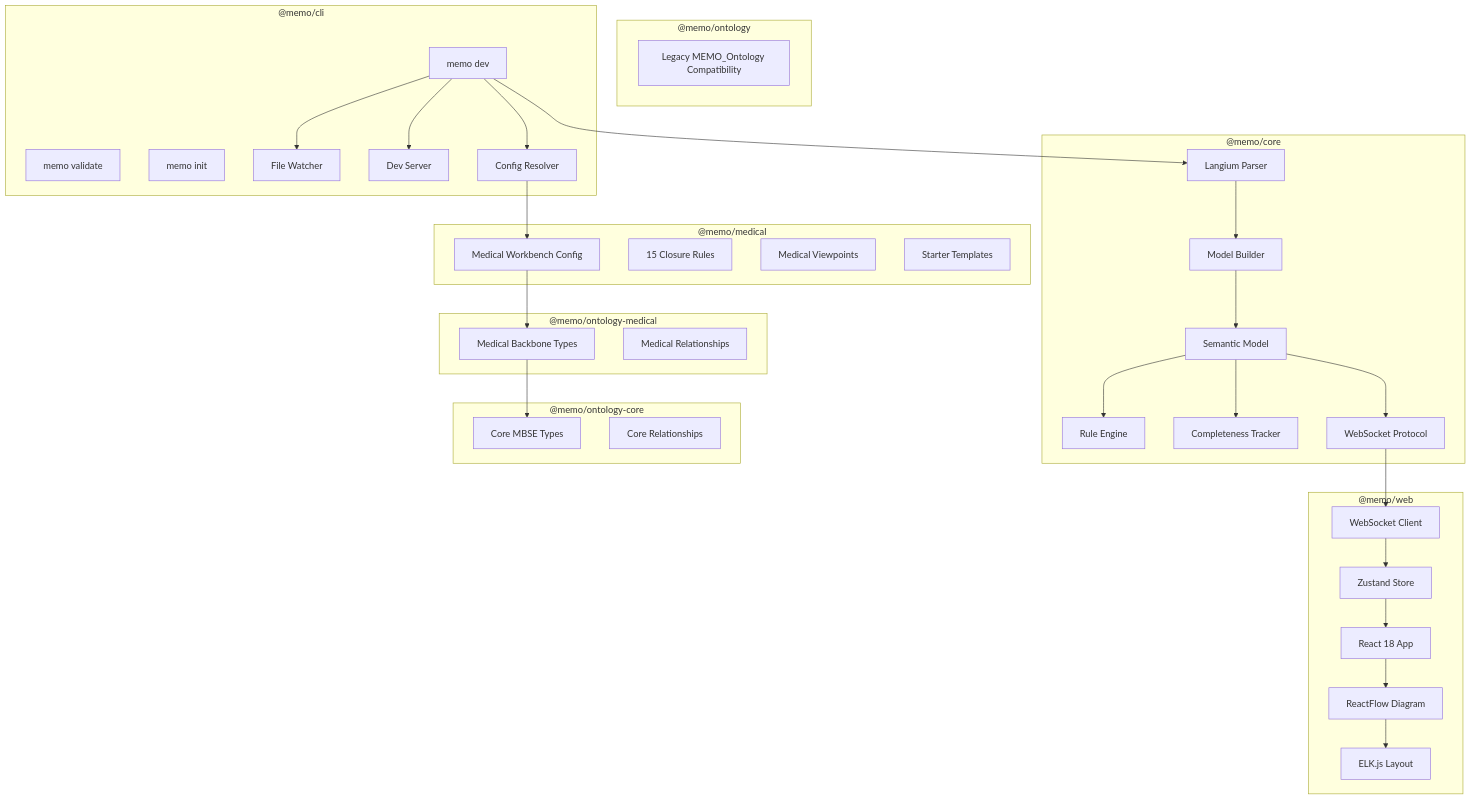
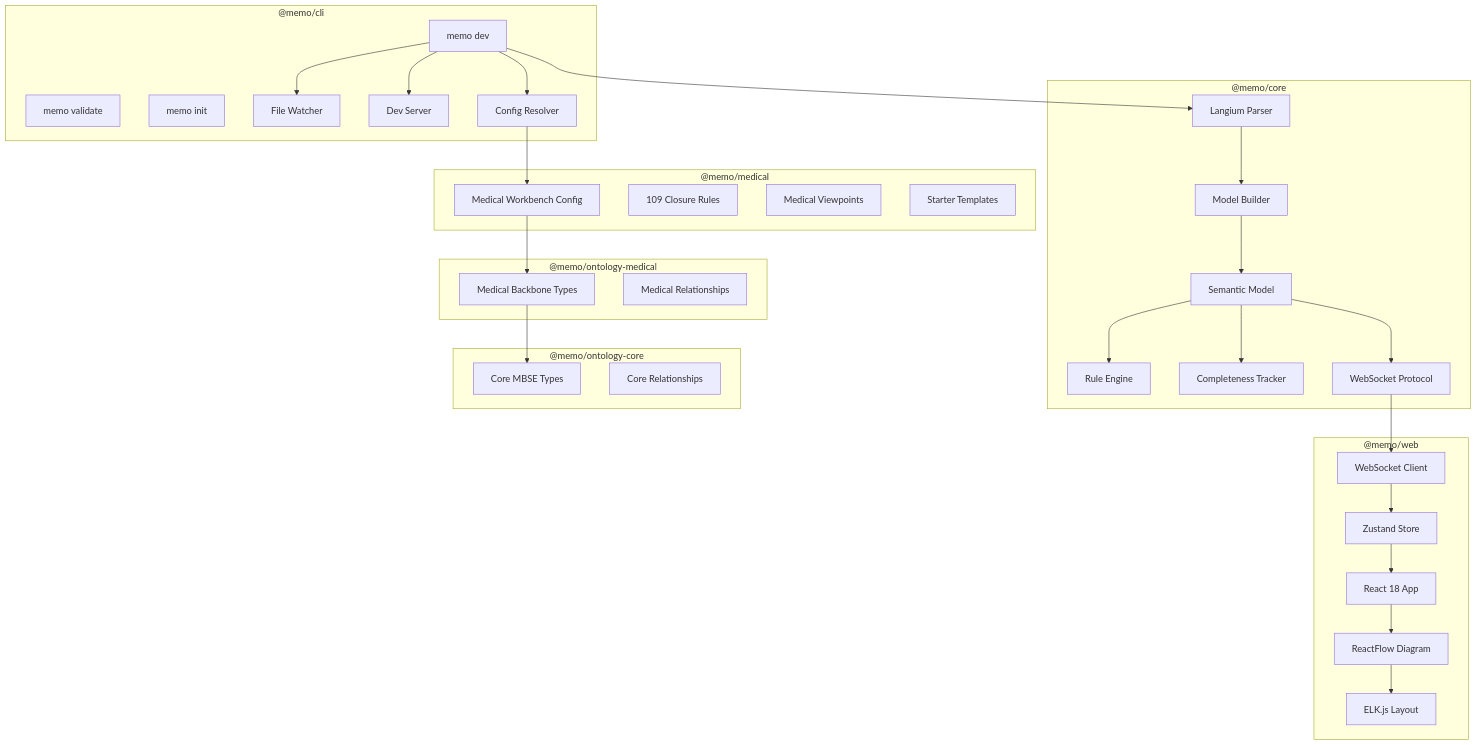
Before and after one commit to memoarchitect/memo-architect: the second of 2 diagrams in docs/architecture/overview.md, drawn with Mermaid. The commit also changed other lines of this file and 38 other files, not shown here.

Commit message:
Remove legacy ontology package

````diff
--- a/docs/architecture/overview.md
+++ b/docs/architecture/overview.md
@@ -21,69 +21,65 @@
 ```mermaid
 graph TD
     subgraph "@memo/core"
         Parser[Langium Parser]
         Builder[Model Builder]
         Validator[Rule Engine]
         Completeness[Completeness Tracker]
         Semantic[Semantic Model]
         Protocol[WebSocket Protocol]
     end
 
     subgraph "@memo/ontology-core"
         CoreTypes[Core MBSE Types]
         CoreRels[Core Relationships]
     end
 
     subgraph "@memo/ontology-medical"
         MedTypes[Medical Backbone Types]
         MedRels[Medical Relationships]
     end
 
-    subgraph "@memo/ontology"
-        Compat[Legacy MEMO_Ontology Compatibility]
-    end
-
     subgraph "@memo/medical"
         MedConfig[Medical Workbench Config]
-        Rules[15 Closure Rules]
+        Rules[109 Closure Rules]
         Viewpoints[Medical Viewpoints]
         Templates[Starter Templates]
     end
 
     subgraph "@memo/cli"
         DevCmd[memo dev]
         ValidateCmd[memo validate]
         InitCmd[memo init]
         FileWatcher[File Watcher]
         DevServer[Dev Server]
         ConfigResolver[Config Resolver]
     end
 
     subgraph "@memo/web"
         React[React 18 App]
         ReactFlow[ReactFlow Diagram]
         ELK[ELK.js Layout]
         Zustand[Zustand Store]
         WS[WebSocket Client]
     end
 
     Parser --> Builder
     Builder --> Semantic
     Semantic --> Validator
     Semantic --> Completeness
     Semantic --> Protocol
 
     DevCmd --> Parser
     DevCmd --> ConfigResolver
     DevCmd --> DevServer
     DevCmd --> FileWatcher
     ConfigResolver --> MedConfig
     MedConfig --> MedTypes
     MedTypes --> CoreTypes
 
     Protocol --> WS
     WS --> Zustand
     Zustand --> React
     React --> ReactFlow
     ReactFlow --> ELK
 ```
````
